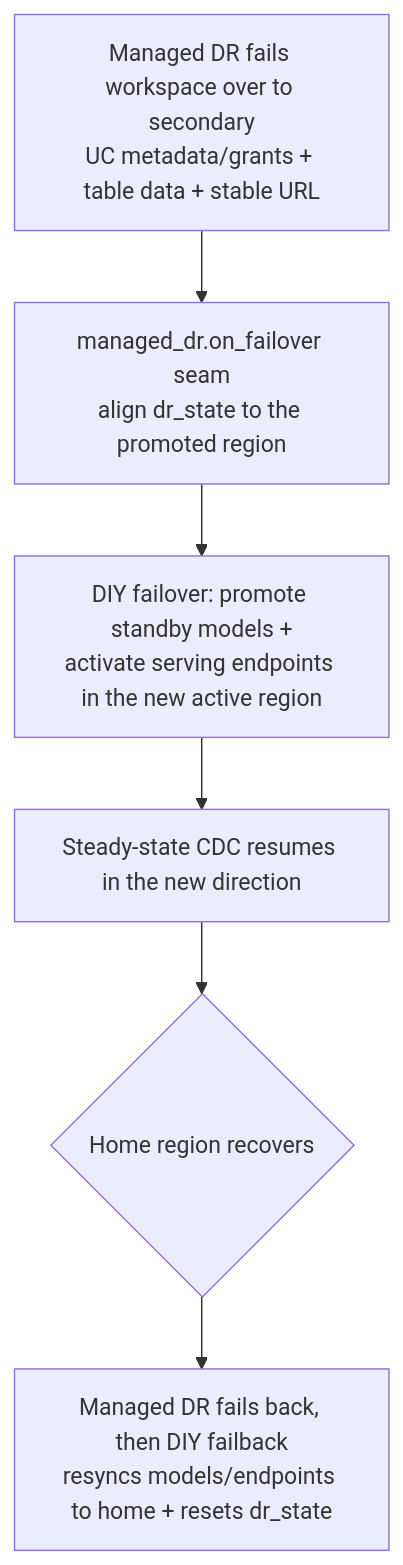
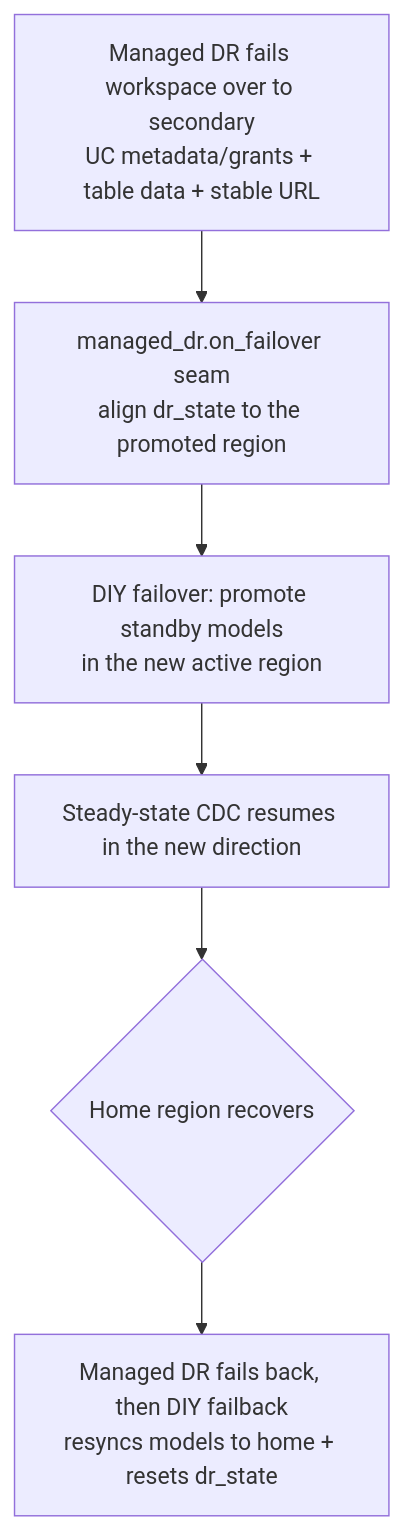
The sixth of 6 diagrams in docs/architecture.md (ankitad-db/disaster-recovery-poc), drawn with Mermaid before and after one commit. The commit also changed other lines of this file and 62 other files, not shown here.

Commit message:
Models DR: robustness (retry/isolation, SqlExecutor, inventory), config to FEVm workspaces, bundle schedules, remove endpoints; add scenario/tech/coexistence/secrets diagrams and runbooks

````diff
--- a/docs/architecture.md
+++ b/docs/architecture.md
@@ -462,8 +462,8 @@
 ```mermaid
 flowchart TD
     MDR[Managed DR fails workspace over to secondary<br/>UC metadata/grants + table data + stable URL] --> Seam[managed_dr.on_failover seam<br/>align dr_state to the promoted region]
-    Seam --> DIYFO[DIY failover: promote standby models +<br/>activate serving endpoints in the new active region]
+    Seam --> DIYFO[DIY failover: promote standby models<br/>in the new active region]
     DIYFO --> CDC[Steady-state CDC resumes in the new direction]
     CDC --> Back{Home region recovers}
-    Back --> FB[Managed DR fails back, then DIY failback<br/>resyncs models/endpoints to home + resets dr_state]
+    Back --> FB[Managed DR fails back, then DIY failback<br/>resyncs models to home + resets dr_state]
 ```
````
